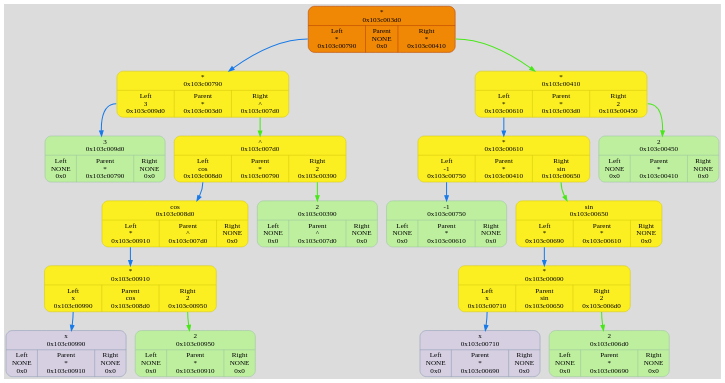
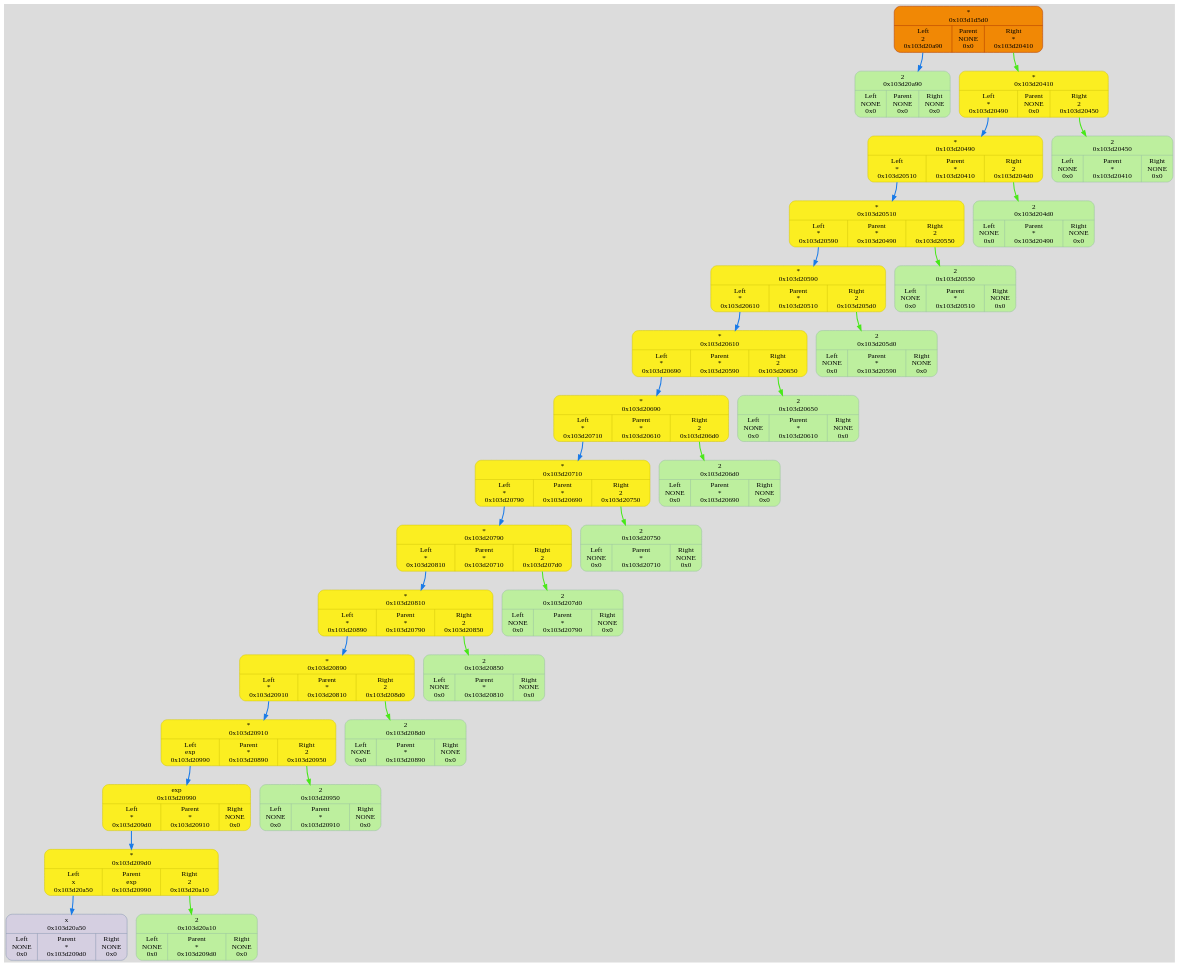
The diagram in dump/graph.dot (TolikRogov/Differentiator), drawn with Graphviz before and after one commit. The commit also changed 39 other files, not shown here.

```diff
--- a/dump/graph.dot
+++ b/dump/graph.dot
@@ -2,54 +2,87 @@
 	fontname = "UbuntuMono";
 	bgcolor = "#DCDCDC";
 
-	node0x103c003d0 [ shape = Mrecord; style = filled; fillcolor = "#FBEE21"; color = "#D3C70D"; fontcolor = "#000000"; label = " { *\n0x103c003d0 | { <left> Left\n*\n0x103c00790 | Parent\nNONE\n0x0 | <right> Right\n*\n0x103c00410 } } "; ];
-	node0x103c003d0:<left> -> node0x103c00790 [ style = "bold"; color = "#187AE8"; label = ""; ];
-	node0x103c00790 [ shape = Mrecord; style = filled; fillcolor = "#FBEE21"; color = "#D3C70D"; fontcolor = "#000000"; label = " { *\n0x103c00790 | { <left> Left\n3\n0x103c009d0 | Parent\n*\n0x103c003d0 | <right> Right\n^\n0x103c007d0 } } "; ];
-	node0x103c00790:<left> -> node0x103c009d0 [ style = "bold"; color = "#187AE8"; label = ""; ];
-	node0x103c009d0 [ shape = Mrecord; style = filled; fillcolor = "#BDEF9E"; color = "#99c2a2"; fontcolor = "#000000"; label = " { 3\n0x103c009d0 | { <left> Left\nNONE\n0x0 | Parent\n*\n0x103c00790 | <right> Right\nNONE\n0x0 } } "; ];
-	node0x103c003d0 [ fillcolor = "#F18805"; color = "#AF3800"; fontcolor = "#000000"; ];
-	node0x103c007d0 [ shape = Mrecord; style = filled; fillcolor = "#FBEE21"; color = "#D3C70D"; fontcolor = "#000000"; label = " { ^\n0x103c007d0 | { <left> Left\ncos\n0x103c008d0 | Parent\n*\n0x103c00790 | <right> Right\n2\n0x103c00390 } } "; ];
-	node0x103c007d0:<left> -> node0x103c008d0 [ style = "bold"; color = "#187AE8"; label = ""; ];
-	node0x103c008d0 [ shape = Mrecord; style = filled; fillcolor = "#FBEE21"; color = "#D3C70D"; fontcolor = "#000000"; label = " { cos\n0x103c008d0 | { <left> Left\n*\n0x103c00910 | Parent\n^\n0x103c007d0 | <right> Right\nNONE\n0x0 } } "; ];
-	node0x103c008d0:<left> -> node0x103c00910 [ style = "bold"; color = "#187AE8"; label = ""; ];
-	node0x103c00910 [ shape = Mrecord; style = filled; fillcolor = "#FBEE21"; color = "#D3C70D"; fontcolor = "#000000"; label = " { *\n0x103c00910 | { <left> Left\nx\n0x103c00990 | Parent\ncos\n0x103c008d0 | <right> Right\n2\n0x103c00950 } } "; ];
-	node0x103c00910:<left> -> node0x103c00990 [ style = "bold"; color = "#187AE8"; label = ""; ];
-	node0x103c00990 [ shape = Mrecord; style = filled; fillcolor = "#D5CFE1"; color = "#8797b2"; fontcolor = "#000000"; label = " { x\n0x103c00990 | { <left> Left\nNONE\n0x0 | Parent\n*\n0x103c00910 | <right> Right\nNONE\n0x0 } } "; ];
-	node0x103c003d0 [ fillcolor = "#F18805"; color = "#AF3800"; fontcolor = "#000000"; ];
-	node0x103c00950 [ shape = Mrecord; style = filled; fillcolor = "#BDEF9E"; color = "#99c2a2"; fontcolor = "#000000"; label = " { 2\n0x103c00950 | { <left> Left\nNONE\n0x0 | Parent\n*\n0x103c00910 | <right> Right\nNONE\n0x0 } } "; ];
-	node0x103c003d0 [ fillcolor = "#F18805"; color = "#AF3800"; fontcolor = "#000000"; ];
-	node0x103c00910:<right> -> node0x103c00950 [ style = "bold"; color = "#48E818"; label = ""; ];
-	node0x103c003d0 [ fillcolor = "#F18805"; color = "#AF3800"; fontcolor = "#000000"; ];
-	node0x103c003d0 [ fillcolor = "#F18805"; color = "#AF3800"; fontcolor = "#000000"; ];
-	node0x103c00390 [ shape = Mrecord; style = filled; fillcolor = "#BDEF9E"; color = "#99c2a2"; fontcolor = "#000000"; label = " { 2\n0x103c00390 | { <left> Left\nNONE\n0x0 | Parent\n^\n0x103c007d0 | <right> Right\nNONE\n0x0 } } "; ];
-	node0x103c003d0 [ fillcolor = "#F18805"; color = "#AF3800"; fontcolor = "#000000"; ];
-	node0x103c007d0:<right> -> node0x103c00390 [ style = "bold"; color = "#48E818"; label = ""; ];
-	node0x103c003d0 [ fillcolor = "#F18805"; color = "#AF3800"; fontcolor = "#000000"; ];
-	node0x103c00790:<right> -> node0x103c007d0 [ style = "bold"; color = "#48E818"; label = ""; ];
-	node0x103c003d0 [ fillcolor = "#F18805"; color = "#AF3800"; fontcolor = "#000000"; ];
-	node0x103c00410 [ shape = Mrecord; style = filled; fillcolor = "#FBEE21"; color = "#D3C70D"; fontcolor = "#000000"; label = " { *\n0x103c00410 | { <left> Left\n*\n0x103c00610 | Parent\n*\n0x103c003d0 | <right> Right\n2\n0x103c00450 } } "; ];
-	node0x103c00410:<left> -> node0x103c00610 [ style = "bold"; color = "#187AE8"; label = ""; ];
-	node0x103c00610 [ shape = Mrecord; style = filled; fillcolor = "#FBEE21"; color = "#D3C70D"; fontcolor = "#000000"; label = " { *\n0x103c00610 | { <left> Left\n-1\n0x103c00750 | Parent\n*\n0x103c00410 | <right> Right\nsin\n0x103c00650 } } "; ];
-	node0x103c00610:<left> -> node0x103c00750 [ style = "bold"; color = "#187AE8"; label = ""; ];
-	node0x103c00750 [ shape = Mrecord; style = filled; fillcolor = "#BDEF9E"; color = "#99c2a2"; fontcolor = "#000000"; label = " { -1\n0x103c00750 | { <left> Left\nNONE\n0x0 | Parent\n*\n0x103c00610 | <right> Right\nNONE\n0x0 } } "; ];
-	node0x103c003d0 [ fillcolor = "#F18805"; color = "#AF3800"; fontcolor = "#000000"; ];
-	node0x103c00650 [ shape = Mrecord; style = filled; fillcolor = "#FBEE21"; color = "#D3C70D"; fontcolor = "#000000"; label = " { sin\n0x103c00650 | { <left> Left\n*\n0x103c00690 | Parent\n*\n0x103c00610 | <right> Right\nNONE\n0x0 } } "; ];
-	node0x103c00650:<left> -> node0x103c00690 [ style = "bold"; color = "#187AE8"; label = ""; ];
-	node0x103c00690 [ shape = Mrecord; style = filled; fillcolor = "#FBEE21"; color = "#D3C70D"; fontcolor = "#000000"; label = " { *\n0x103c00690 | { <left> Left\nx\n0x103c00710 | Parent\nsin\n0x103c00650 | <right> Right\n2\n0x103c006d0 } } "; ];
-	node0x103c00690:<left> -> node0x103c00710 [ style = "bold"; color = "#187AE8"; label = ""; ];
-	node0x103c00710 [ shape = Mrecord; style = filled; fillcolor = "#D5CFE1"; color = "#8797b2"; fontcolor = "#000000"; label = " { x\n0x103c00710 | { <left> Left\nNONE\n0x0 | Parent\n*\n0x103c00690 | <right> Right\nNONE\n0x0 } } "; ];
-	node0x103c003d0 [ fillcolor = "#F18805"; color = "#AF3800"; fontcolor = "#000000"; ];
-	node0x103c006d0 [ shape = Mrecord; style = filled; fillcolor = "#BDEF9E"; color = "#99c2a2"; fontcolor = "#000000"; label = " { 2\n0x103c006d0 | { <left> Left\nNONE\n0x0 | Parent\n*\n0x103c00690 | <right> Right\nNONE\n0x0 } } "; ];
-	node0x103c003d0 [ fillcolor = "#F18805"; color = "#AF3800"; fontcolor = "#000000"; ];
-	node0x103c00690:<right> -> node0x103c006d0 [ style = "bold"; color = "#48E818"; label = ""; ];
-	node0x103c003d0 [ fillcolor = "#F18805"; color = "#AF3800"; fontcolor = "#000000"; ];
-	node0x103c003d0 [ fillcolor = "#F18805"; color = "#AF3800"; fontcolor = "#000000"; ];
-	node0x103c00610:<right> -> node0x103c00650 [ style = "bold"; color = "#48E818"; label = ""; ];
-	node0x103c003d0 [ fillcolor = "#F18805"; color = "#AF3800"; fontcolor = "#000000"; ];
-	node0x103c00450 [ shape = Mrecord; style = filled; fillcolor = "#BDEF9E"; color = "#99c2a2"; fontcolor = "#000000"; label = " { 2\n0x103c00450 | { <left> Left\nNONE\n0x0 | Parent\n*\n0x103c00410 | <right> Right\nNONE\n0x0 } } "; ];
-	node0x103c003d0 [ fillcolor = "#F18805"; color = "#AF3800"; fontcolor = "#000000"; ];
-	node0x103c00410:<right> -> node0x103c00450 [ style = "bold"; color = "#48E818"; label = ""; ];
-	node0x103c003d0 [ fillcolor = "#F18805"; color = "#AF3800"; fontcolor = "#000000"; ];
-	node0x103c003d0:<right> -> node0x103c00410 [ style = "bold"; color = "#48E818"; label = ""; ];
-	node0x103c003d0 [ fillcolor = "#F18805"; color = "#AF3800"; fontcolor = "#000000"; ];
+	node0x103d1d5d0 [ shape = Mrecord; style = filled; fillcolor = "#FBEE21"; color = "#D3C70D"; fontcolor = "#000000"; label = " { *\n0x103d1d5d0 | { <left> Left\n2\n0x103d20a90 | Parent\nNONE\n0x0 | <right> Right\n*\n0x103d20410 } } "; ];
+	node0x103d1d5d0:<left> -> node0x103d20a90 [ style = "bold"; color = "#187AE8"; label = ""; ];
+	node0x103d20a90 [ shape = Mrecord; style = filled; fillcolor = "#BDEF9E"; color = "#99c2a2"; fontcolor = "#000000"; label = " { 2\n0x103d20a90 | { <left> Left\nNONE\n0x0 | Parent\nNONE\n0x0 | <right> Right\nNONE\n0x0 } } "; ];
+	node0x103d1d5d0 [ fillcolor = "#F18805"; color = "#AF3800"; fontcolor = "#000000"; ];
+	node0x103d20410 [ shape = Mrecord; style = filled; fillcolor = "#FBEE21"; color = "#D3C70D"; fontcolor = "#000000"; label = " { *\n0x103d20410 | { <left> Left\n*\n0x103d20490 | Parent\nNONE\n0x0 | <right> Right\n2\n0x103d20450 } } "; ];
+	node0x103d20410:<left> -> node0x103d20490 [ style = "bold"; color = "#187AE8"; label = ""; ];
+	node0x103d20490 [ shape = Mrecord; style = filled; fillcolor = "#FBEE21"; color = "#D3C70D"; fontcolor = "#000000"; label = " { *\n0x103d20490 | { <left> Left\n*\n0x103d20510 | Parent\n*\n0x103d20410 | <right> Right\n2\n0x103d204d0 } } "; ];
+	node0x103d20490:<left> -> node0x103d20510 [ style = "bold"; color = "#187AE8"; label = ""; ];
+	node0x103d20510 [ shape = Mrecord; style = filled; fillcolor = "#FBEE21"; color = "#D3C70D"; fontcolor = "#000000"; label = " { *\n0x103d20510 | { <left> Left\n*\n0x103d20590 | Parent\n*\n0x103d20490 | <right> Right\n2\n0x103d20550 } } "; ];
+	node0x103d20510:<left> -> node0x103d20590 [ style = "bold"; color = "#187AE8"; label = ""; ];
+	node0x103d20590 [ shape = Mrecord; style = filled; fillcolor = "#FBEE21"; color = "#D3C70D"; fontcolor = "#000000"; label = " { *\n0x103d20590 | { <left> Left\n*\n0x103d20610 | Parent\n*\n0x103d20510 | <right> Right\n2\n0x103d205d0 } } "; ];
+	node0x103d20590:<left> -> node0x103d20610 [ style = "bold"; color = "#187AE8"; label = ""; ];
+	node0x103d20610 [ shape = Mrecord; style = filled; fillcolor = "#FBEE21"; color = "#D3C70D"; fontcolor = "#000000"; label = " { *\n0x103d20610 | { <left> Left\n*\n0x103d20690 | Parent\n*\n0x103d20590 | <right> Right\n2\n0x103d20650 } } "; ];
+	node0x103d20610:<left> -> node0x103d20690 [ style = "bold"; color = "#187AE8"; label = ""; ];
+	node0x103d20690 [ shape = Mrecord; style = filled; fillcolor = "#FBEE21"; color = "#D3C70D"; fontcolor = "#000000"; label = " { *\n0x103d20690 | { <left> Left\n*\n0x103d20710 | Parent\n*\n0x103d20610 | <right> Right\n2\n0x103d206d0 } } "; ];
+	node0x103d20690:<left> -> node0x103d20710 [ style = "bold"; color = "#187AE8"; label = ""; ];
+	node0x103d20710 [ shape = Mrecord; style = filled; fillcolor = "#FBEE21"; color = "#D3C70D"; fontcolor = "#000000"; label = " { *\n0x103d20710 | { <left> Left\n*\n0x103d20790 | Parent\n*\n0x103d20690 | <right> Right\n2\n0x103d20750 } } "; ];
+	node0x103d20710:<left> -> node0x103d20790 [ style = "bold"; color = "#187AE8"; label = ""; ];
+	node0x103d20790 [ shape = Mrecord; style = filled; fillcolor = "#FBEE21"; color = "#D3C70D"; fontcolor = "#000000"; label = " { *\n0x103d20790 | { <left> Left\n*\n0x103d20810 | Parent\n*\n0x103d20710 | <right> Right\n2\n0x103d207d0 } } "; ];
+	node0x103d20790:<left> -> node0x103d20810 [ style = "bold"; color = "#187AE8"; label = ""; ];
+	node0x103d20810 [ shape = Mrecord; style = filled; fillcolor = "#FBEE21"; color = "#D3C70D"; fontcolor = "#000000"; label = " { *\n0x103d20810 | { <left> Left\n*\n0x103d20890 | Parent\n*\n0x103d20790 | <right> Right\n2\n0x103d20850 } } "; ];
+	node0x103d20810:<left> -> node0x103d20890 [ style = "bold"; color = "#187AE8"; label = ""; ];
+	node0x103d20890 [ shape = Mrecord; style = filled; fillcolor = "#FBEE21"; color = "#D3C70D"; fontcolor = "#000000"; label = " { *\n0x103d20890 | { <left> Left\n*\n0x103d20910 | Parent\n*\n0x103d20810 | <right> Right\n2\n0x103d208d0 } } "; ];
+	node0x103d20890:<left> -> node0x103d20910 [ style = "bold"; color = "#187AE8"; label = ""; ];
+	node0x103d20910 [ shape = Mrecord; style = filled; fillcolor = "#FBEE21"; color = "#D3C70D"; fontcolor = "#000000"; label = " { *\n0x103d20910 | { <left> Left\nexp\n0x103d20990 | Parent\n*\n0x103d20890 | <right> Right\n2\n0x103d20950 } } "; ];
+	node0x103d20910:<left> -> node0x103d20990 [ style = "bold"; color = "#187AE8"; label = ""; ];
+	node0x103d20990 [ shape = Mrecord; style = filled; fillcolor = "#FBEE21"; color = "#D3C70D"; fontcolor = "#000000"; label = " { exp\n0x103d20990 | { <left> Left\n*\n0x103d209d0 | Parent\n*\n0x103d20910 | <right> Right\nNONE\n0x0 } } "; ];
+	node0x103d20990:<left> -> node0x103d209d0 [ style = "bold"; color = "#187AE8"; label = ""; ];
+	node0x103d209d0 [ shape = Mrecord; style = filled; fillcolor = "#FBEE21"; color = "#D3C70D"; fontcolor = "#000000"; label = " { *\n0x103d209d0 | { <left> Left\nx\n0x103d20a50 | Parent\nexp\n0x103d20990 | <right> Right\n2\n0x103d20a10 } } "; ];
+	node0x103d209d0:<left> -> node0x103d20a50 [ style = "bold"; color = "#187AE8"; label = ""; ];
+	node0x103d20a50 [ shape = Mrecord; style = filled; fillcolor = "#D5CFE1"; color = "#8797b2"; fontcolor = "#000000"; label = " { x\n0x103d20a50 | { <left> Left\nNONE\n0x0 | Parent\n*\n0x103d209d0 | <right> Right\nNONE\n0x0 } } "; ];
+	node0x103d1d5d0 [ fillcolor = "#F18805"; color = "#AF3800"; fontcolor = "#000000"; ];
+	node0x103d20a10 [ shape = Mrecord; style = filled; fillcolor = "#BDEF9E"; color = "#99c2a2"; fontcolor = "#000000"; label = " { 2\n0x103d20a10 | { <left> Left\nNONE\n0x0 | Parent\n*\n0x103d209d0 | <right> Right\nNONE\n0x0 } } "; ];
+	node0x103d1d5d0 [ fillcolor = "#F18805"; color = "#AF3800"; fontcolor = "#000000"; ];
+	node0x103d209d0:<right> -> node0x103d20a10 [ style = "bold"; color = "#48E818"; label = ""; ];
+	node0x103d1d5d0 [ fillcolor = "#F18805"; color = "#AF3800"; fontcolor = "#000000"; ];
+	node0x103d1d5d0 [ fillcolor = "#F18805"; color = "#AF3800"; fontcolor = "#000000"; ];
+	node0x103d20950 [ shape = Mrecord; style = filled; fillcolor = "#BDEF9E"; color = "#99c2a2"; fontcolor = "#000000"; label = " { 2\n0x103d20950 | { <left> Left\nNONE\n0x0 | Parent\n*\n0x103d20910 | <right> Right\nNONE\n0x0 } } "; ];
+	node0x103d1d5d0 [ fillcolor = "#F18805"; color = "#AF3800"; fontcolor = "#000000"; ];
+	node0x103d20910:<right> -> node0x103d20950 [ style = "bold"; color = "#48E818"; label = ""; ];
+	node0x103d1d5d0 [ fillcolor = "#F18805"; color = "#AF3800"; fontcolor = "#000000"; ];
+	node0x103d208d0 [ shape = Mrecord; style = filled; fillcolor = "#BDEF9E"; color = "#99c2a2"; fontcolor = "#000000"; label = " { 2\n0x103d208d0 | { <left> Left\nNONE\n0x0 | Parent\n*\n0x103d20890 | <right> Right\nNONE\n0x0 } } "; ];
+	node0x103d1d5d0 [ fillcolor = "#F18805"; color = "#AF3800"; fontcolor = "#000000"; ];
+	node0x103d20890:<right> -> node0x103d208d0 [ style = "bold"; color = "#48E818"; label = ""; ];
+	node0x103d1d5d0 [ fillcolor = "#F18805"; color = "#AF3800"; fontcolor = "#000000"; ];
+	node0x103d20850 [ shape = Mrecord; style = filled; fillcolor = "#BDEF9E"; color = "#99c2a2"; fontcolor = "#000000"; label = " { 2\n0x103d20850 | { <left> Left\nNONE\n0x0 | Parent\n*\n0x103d20810 | <right> Right\nNONE\n0x0 } } "; ];
+	node0x103d1d5d0 [ fillcolor = "#F18805"; color = "#AF3800"; fontcolor = "#000000"; ];
+	node0x103d20810:<right> -> node0x103d20850 [ style = "bold"; color = "#48E818"; label = ""; ];
+	node0x103d1d5d0 [ fillcolor = "#F18805"; color = "#AF3800"; fontcolor = "#000000"; ];
+	node0x103d207d0 [ shape = Mrecord; style = filled; fillcolor = "#BDEF9E"; color = "#99c2a2"; fontcolor = "#000000"; label = " { 2\n0x103d207d0 | { <left> Left\nNONE\n0x0 | Parent\n*\n0x103d20790 | <right> Right\nNONE\n0x0 } } "; ];
+	node0x103d1d5d0 [ fillcolor = "#F18805"; color = "#AF3800"; fontcolor = "#000000"; ];
+	node0x103d20790:<right> -> node0x103d207d0 [ style = "bold"; color = "#48E818"; label = ""; ];
+	node0x103d1d5d0 [ fillcolor = "#F18805"; color = "#AF3800"; fontcolor = "#000000"; ];
+	node0x103d20750 [ shape = Mrecord; style = filled; fillcolor = "#BDEF9E"; color = "#99c2a2"; fontcolor = "#000000"; label = " { 2\n0x103d20750 | { <left> Left\nNONE\n0x0 | Parent\n*\n0x103d20710 | <right> Right\nNONE\n0x0 } } "; ];
+	node0x103d1d5d0 [ fillcolor = "#F18805"; color = "#AF3800"; fontcolor = "#000000"; ];
+	node0x103d20710:<right> -> node0x103d20750 [ style = "bold"; color = "#48E818"; label = ""; ];
+	node0x103d1d5d0 [ fillcolor = "#F18805"; color = "#AF3800"; fontcolor = "#000000"; ];
+	node0x103d206d0 [ shape = Mrecord; style = filled; fillcolor = "#BDEF9E"; color = "#99c2a2"; fontcolor = "#000000"; label = " { 2\n0x103d206d0 | { <left> Left\nNONE\n0x0 | Parent\n*\n0x103d20690 | <right> Right\nNONE\n0x0 } } "; ];
+	node0x103d1d5d0 [ fillcolor = "#F18805"; color = "#AF3800"; fontcolor = "#000000"; ];
+	node0x103d20690:<right> -> node0x103d206d0 [ style = "bold"; color = "#48E818"; label = ""; ];
+	node0x103d1d5d0 [ fillcolor = "#F18805"; color = "#AF3800"; fontcolor = "#000000"; ];
+	node0x103d20650 [ shape = Mrecord; style = filled; fillcolor = "#BDEF9E"; color = "#99c2a2"; fontcolor = "#000000"; label = " { 2\n0x103d20650 | { <left> Left\nNONE\n0x0 | Parent\n*\n0x103d20610 | <right> Right\nNONE\n0x0 } } "; ];
+	node0x103d1d5d0 [ fillcolor = "#F18805"; color = "#AF3800"; fontcolor = "#000000"; ];
+	node0x103d20610:<right> -> node0x103d20650 [ style = "bold"; color = "#48E818"; label = ""; ];
+	node0x103d1d5d0 [ fillcolor = "#F18805"; color = "#AF3800"; fontcolor = "#000000"; ];
+	node0x103d205d0 [ shape = Mrecord; style = filled; fillcolor = "#BDEF9E"; color = "#99c2a2"; fontcolor = "#000000"; label = " { 2\n0x103d205d0 | { <left> Left\nNONE\n0x0 | Parent\n*\n0x103d20590 | <right> Right\nNONE\n0x0 } } "; ];
+	node0x103d1d5d0 [ fillcolor = "#F18805"; color = "#AF3800"; fontcolor = "#000000"; ];
+	node0x103d20590:<right> -> node0x103d205d0 [ style = "bold"; color = "#48E818"; label = ""; ];
+	node0x103d1d5d0 [ fillcolor = "#F18805"; color = "#AF3800"; fontcolor = "#000000"; ];
+	node0x103d20550 [ shape = Mrecord; style = filled; fillcolor = "#BDEF9E"; color = "#99c2a2"; fontcolor = "#000000"; label = " { 2\n0x103d20550 | { <left> Left\nNONE\n0x0 | Parent\n*\n0x103d20510 | <right> Right\nNONE\n0x0 } } "; ];
+	node0x103d1d5d0 [ fillcolor = "#F18805"; color = "#AF3800"; fontcolor = "#000000"; ];
+	node0x103d20510:<right> -> node0x103d20550 [ style = "bold"; color = "#48E818"; label = ""; ];
+	node0x103d1d5d0 [ fillcolor = "#F18805"; color = "#AF3800"; fontcolor = "#000000"; ];
+	node0x103d204d0 [ shape = Mrecord; style = filled; fillcolor = "#BDEF9E"; color = "#99c2a2"; fontcolor = "#000000"; label = " { 2\n0x103d204d0 | { <left> Left\nNONE\n0x0 | Parent\n*\n0x103d20490 | <right> Right\nNONE\n0x0 } } "; ];
+	node0x103d1d5d0 [ fillcolor = "#F18805"; color = "#AF3800"; fontcolor = "#000000"; ];
+	node0x103d20490:<right> -> node0x103d204d0 [ style = "bold"; color = "#48E818"; label = ""; ];
+	node0x103d1d5d0 [ fillcolor = "#F18805"; color = "#AF3800"; fontcolor = "#000000"; ];
+	node0x103d20450 [ shape = Mrecord; style = filled; fillcolor = "#BDEF9E"; color = "#99c2a2"; fontcolor = "#000000"; label = " { 2\n0x103d20450 | { <left> Left\nNONE\n0x0 | Parent\n*\n0x103d20410 | <right> Right\nNONE\n0x0 } } "; ];
+	node0x103d1d5d0 [ fillcolor = "#F18805"; color = "#AF3800"; fontcolor = "#000000"; ];
+	node0x103d20410:<right> -> node0x103d20450 [ style = "bold"; color = "#48E818"; label = ""; ];
+	node0x103d1d5d0 [ fillcolor = "#F18805"; color = "#AF3800"; fontcolor = "#000000"; ];
+	node0x103d1d5d0:<right> -> node0x103d20410 [ style = "bold"; color = "#48E818"; label = ""; ];
+	node0x103d1d5d0 [ fillcolor = "#F18805"; color = "#AF3800"; fontcolor = "#000000"; ];
 }
```
